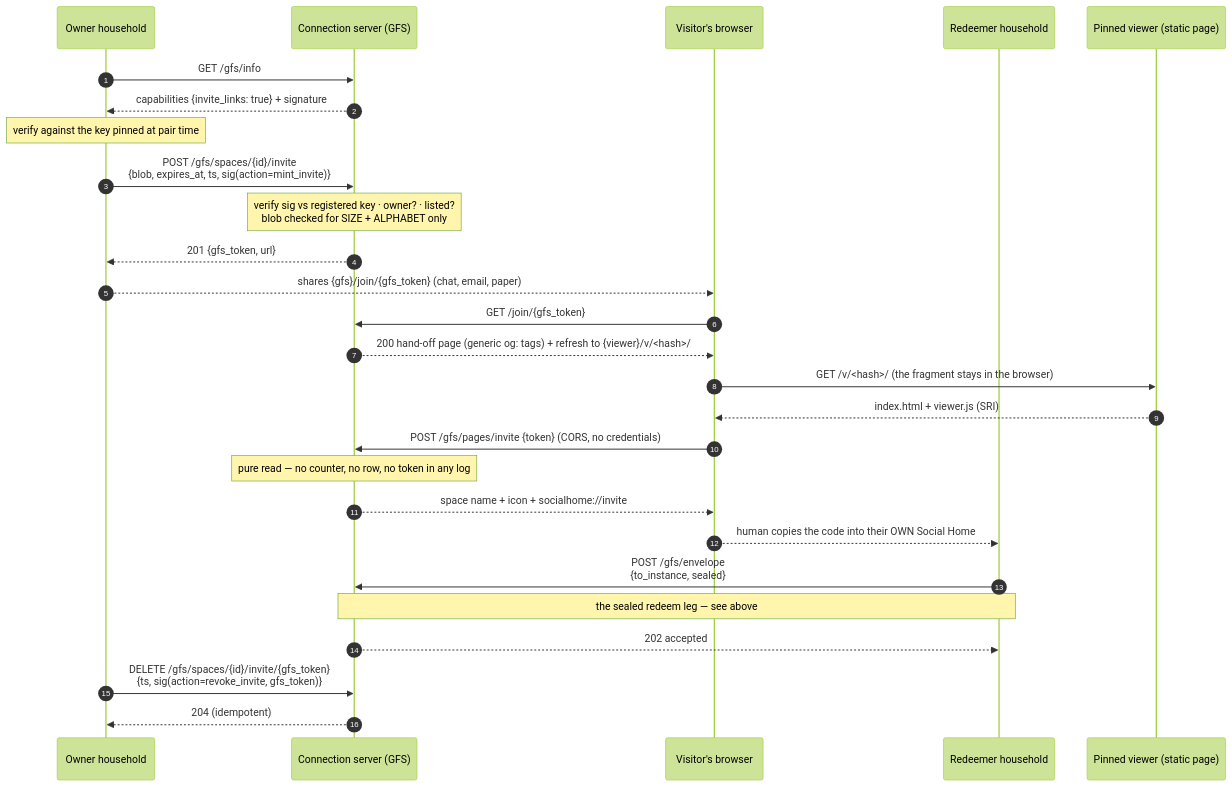
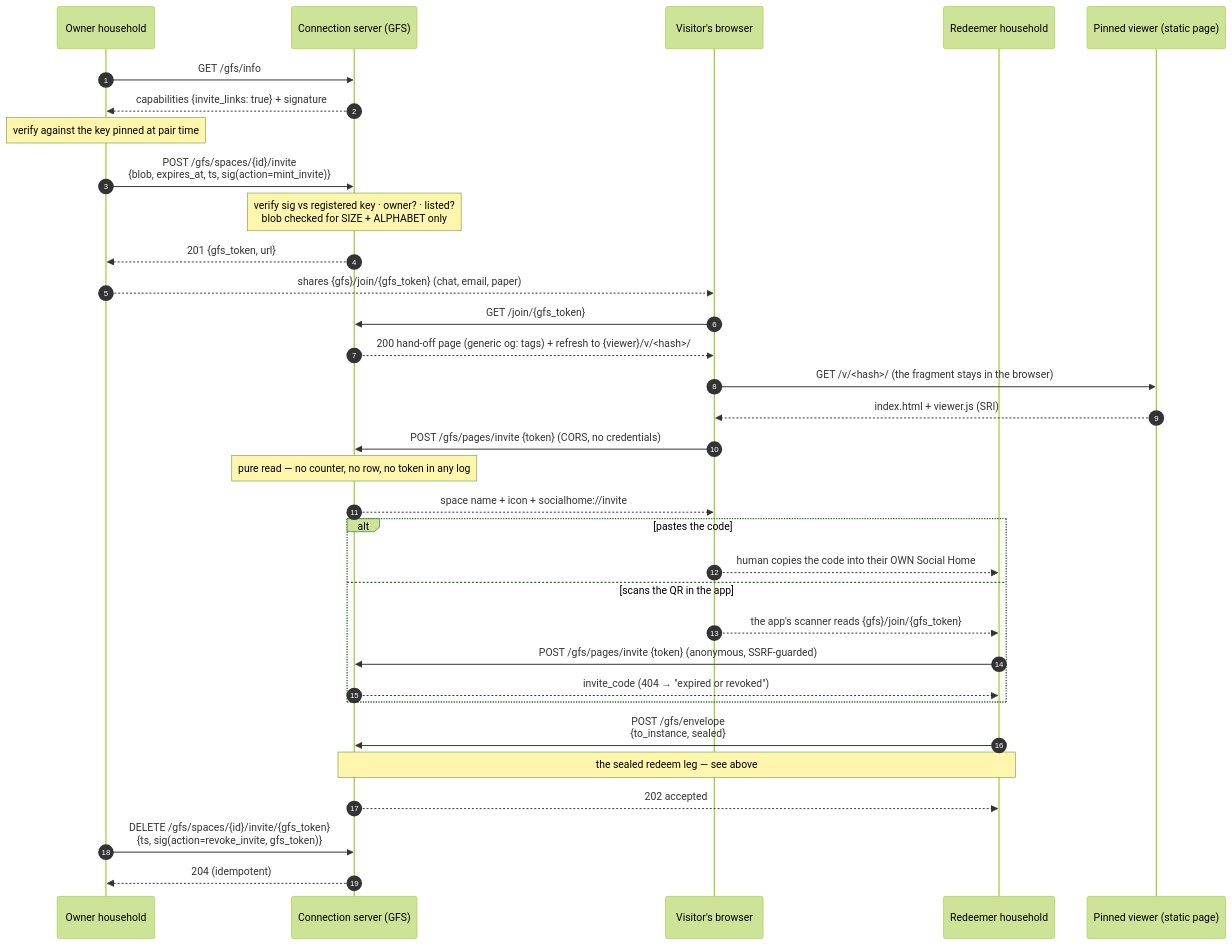
One commit to social-home-io/socialhome changed the first of 7 diagrams in docs/protocol/invites.md. Above: the diagram before and after it, drawn with Mermaid (forest theme). The commit also changed other lines of this file and 9 other files, not shown here.

First line of the commit message:
Household resolves a scanned GFS invite link to its code

````diff
--- a/docs/protocol/invites.md
+++ b/docs/protocol/invites.md
@@ -423,33 +460,39 @@
 ```mermaid
 sequenceDiagram
     autonumber
     participant O as Owner household
     participant G as Connection server (GFS)
     participant B as Visitor's browser
     participant R as Redeemer household
     participant V as Pinned viewer (static page)
 
     O->>G: GET /gfs/info
     G-->>O: capabilities {invite_links: true} + signature
     Note over O: verify against the key pinned at pair time
     O->>G: POST /gfs/spaces/{id}/invite<br/>{blob, expires_at, ts, sig(action=mint_invite)}
     Note over G: verify sig vs registered key · owner? · listed?<br/>blob checked for SIZE + ALPHABET only
     G-->>O: 201 {gfs_token, url}
     O-->>B: shares {gfs}/join/{gfs_token} (chat, email, paper)
 
     B->>G: GET /join/{gfs_token}
     G-->>B: 200 hand-off page (generic og: tags) + refresh to {viewer}/v/<hash>/#v=join&g=…&t={gfs_token}
     B->>V: GET /v/<hash>/ (the fragment stays in the browser)
     V-->>B: index.html + viewer.js (SRI)
     B->>G: POST /gfs/pages/invite {token} (CORS, no credentials)
     Note over G: pure read — no counter, no row, no token in any log
-    G-->>B: space name + icon + socialhome://invite#<blob> + QR
-    B-->>R: human copies the code into their OWN Social Home
+    G-->>B: space name + icon + socialhome://invite#<blob> + QR of {gfs}/join/{gfs_token}
+    alt pastes the code
+        B-->>R: human copies the code into their OWN Social Home
+    else scans the QR in the app
+        B-->>R: the app's scanner reads {gfs}/join/{gfs_token}
+        R->>G: POST /gfs/pages/invite {token} (anonymous, SSRF-guarded)
+        G-->>R: invite_code (404 → "expired or revoked")
+    end
 
     R->>G: POST /gfs/envelope<br/>{to_instance, sealed}
     Note over G,R: the sealed redeem leg — see above
     G-->>R: 202 accepted
 
     O->>G: DELETE /gfs/spaces/{id}/invite/{gfs_token}<br/>{ts, sig(action=revoke_invite, gfs_token)}
     G-->>O: 204 (idempotent)
 ```
````
